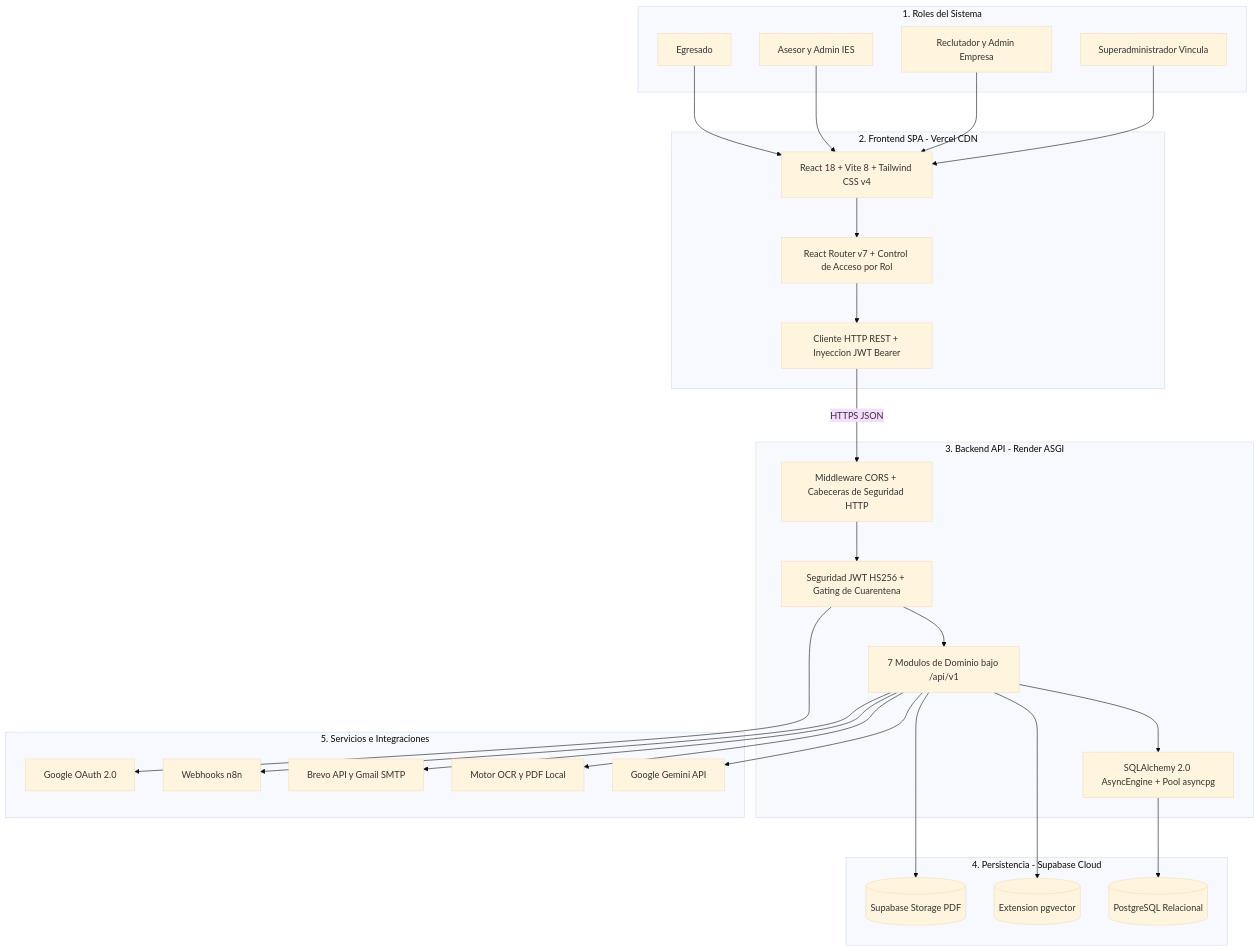
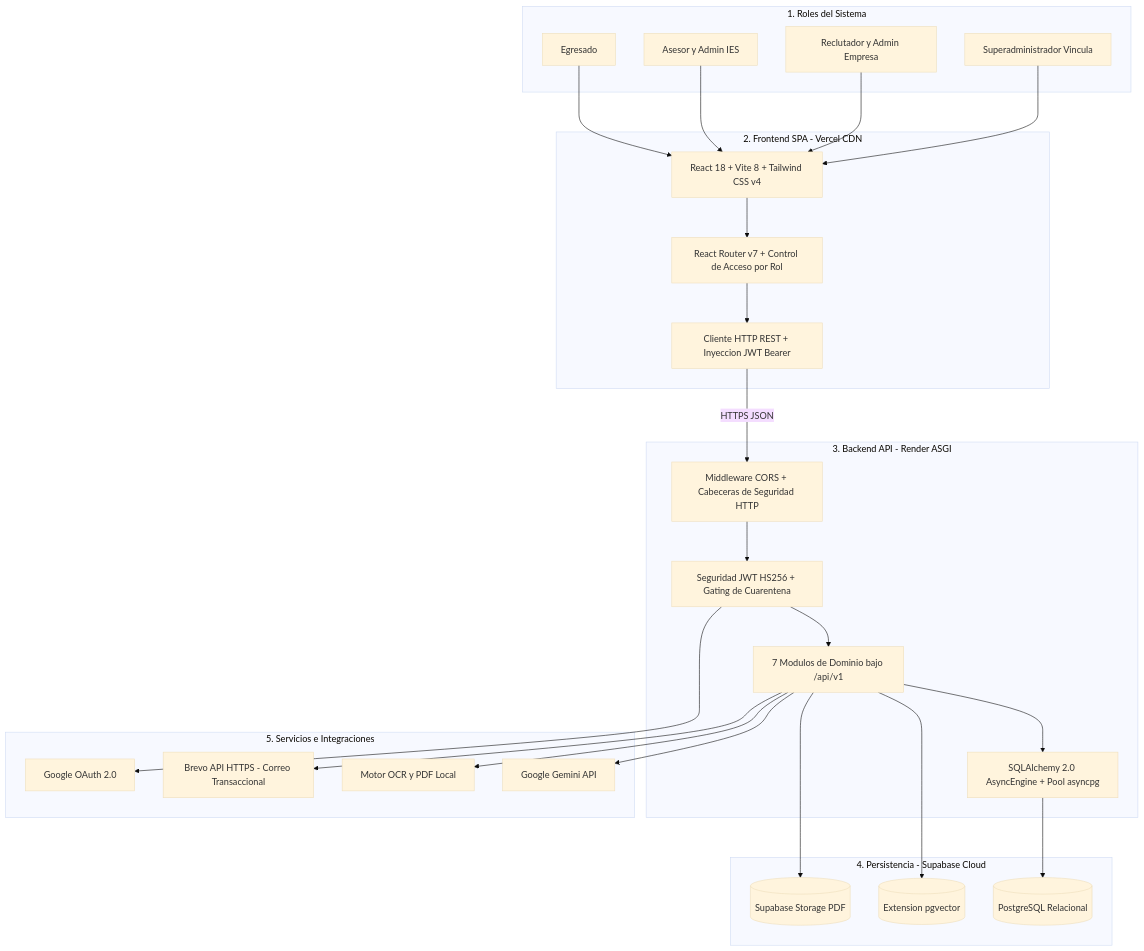
One commit to JaiderBadillo/Vincula changed the first of 3 diagrams in docs/diagrama_arquitectura_vincula.md. Above: the diagram before and after it, drawn with Mermaid (base theme). The commit also changed other lines of this file, not shown here.

Commit message:
docs: remove legacy n8n reference from software architecture diagram

````diff
--- a/docs/diagrama_arquitectura_vincula.md
+++ b/docs/diagrama_arquitectura_vincula.md
@@ -14,60 +14,58 @@
 ```mermaid
 %%{init: {'flowchart': {'nodeSpacing': 50, 'rankSpacing': 70, 'padding': 16}}}%%
 flowchart TD
     subgraph CAPA_USUARIOS["1. Roles del Sistema"]
         U_EGR["Egresado"]
         U_IES["Asesor y Admin IES"]
         U_EMP["Reclutador y Admin Empresa"]
         U_ADM["Superadministrador Vincula"]
     end
 
     subgraph CAPA_FRONTEND["2. Frontend SPA - Vercel CDN"]
         FE_APP["React 18 + Vite 8 + Tailwind CSS v4"]
         FE_ROUTES["React Router v7 + Control de Acceso por Rol"]
         FE_CLIENT["Cliente HTTP REST + Inyeccion JWT Bearer"]
     end
 
     subgraph CAPA_BACKEND["3. Backend API - Render ASGI"]
         BE_MW["Middleware CORS + Cabeceras de Seguridad HTTP"]
         BE_AUTH["Seguridad JWT HS256 + Gating de Cuarentena"]
         BE_MODS["7 Modulos de Dominio bajo /api/v1"]
         BE_ORM["SQLAlchemy 2.0 AsyncEngine + Pool asyncpg"]
     end
 
     subgraph CAPA_DATOS["4. Persistencia - Supabase Cloud"]
         DB_REL[("PostgreSQL Relacional")]
         DB_VEC[("Extension pgvector")]
         DB_STO[("Supabase Storage PDF")]
     end
 
     subgraph CAPA_EXT["5. Servicios e Integraciones"]
         EXT_GEM["Google Gemini API"]
         EXT_OCR["Motor OCR y PDF Local"]
         EXT_SSO["Google OAuth 2.0"]
-        EXT_MAIL["Brevo API y Gmail SMTP"]
-        EXT_N8N["Webhooks n8n"]
+        EXT_MAIL["Brevo API HTTPS - Correo Transaccional"]
     end
 
     U_EGR --> FE_APP
     U_IES --> FE_APP
     U_EMP --> FE_APP
     U_ADM --> FE_APP
 
     FE_APP --> FE_ROUTES
     FE_ROUTES --> FE_CLIENT
     FE_CLIENT -->|HTTPS JSON| BE_MW
 
     BE_MW --> BE_AUTH
     BE_AUTH --> BE_MODS
     BE_MODS --> BE_ORM
 
     BE_ORM --> DB_REL
     BE_MODS --> DB_VEC
     BE_MODS --> DB_STO
 
     BE_MODS --> EXT_GEM
     BE_MODS --> EXT_OCR
     BE_AUTH --> EXT_SSO
     BE_MODS --> EXT_MAIL
-    BE_MODS --> EXT_N8N
 ```
````
